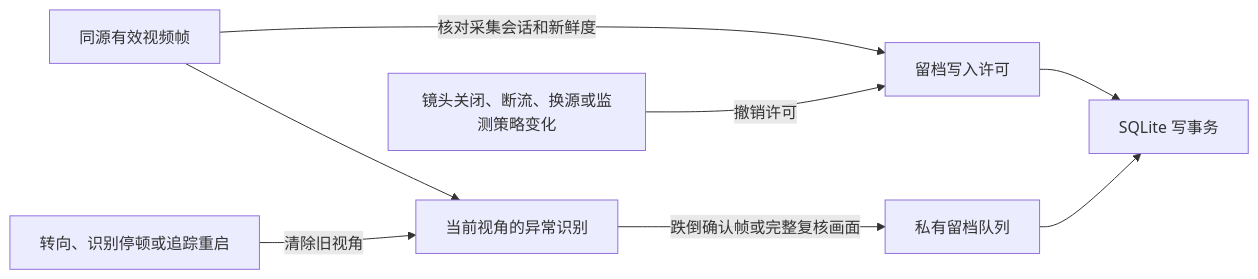
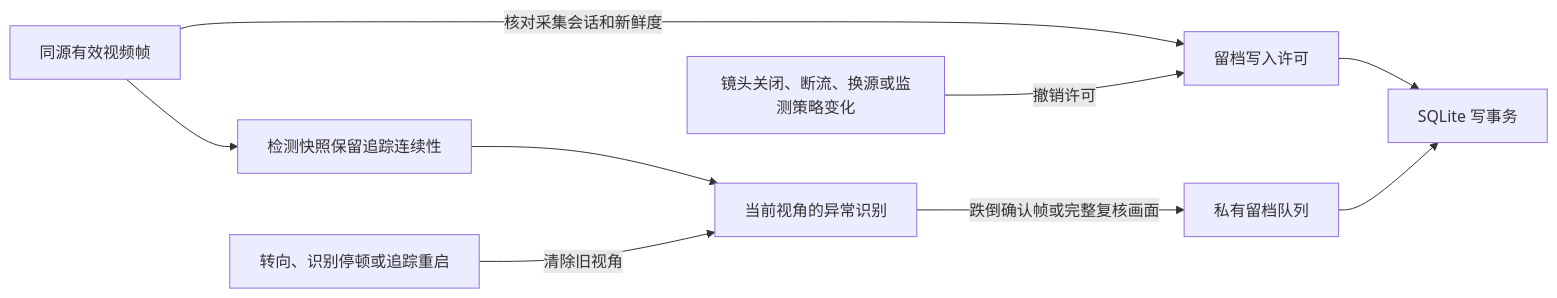
One commit to Geeprox/Friday changed the eighth of 33 diagrams in docs/architecture.md. Above: the diagram before and after it, drawn with Mermaid. The commit also changed other lines of this file and 10 other files, not shown here.

````diff
--- a/docs/architecture.md
+++ b/docs/architecture.md
@@ -203,10 +203,11 @@
 ```mermaid
 flowchart LR
-  A[同源有效视频帧] --> B[当前视角的异常识别]
+  A[同源有效视频帧] --> T[检测快照保留追踪连续性]
+  T --> B[当前视角的异常识别]
   A -->|核对采集会话和新鲜度| C[留档写入许可]
   B -->|跌倒确认帧或完整复核画面| D[私有留档队列]
   E[转向、识别停顿或追踪重启] -->|清除旧视角| B
   C --> F[SQLite 写事务]
   D --> F
   G[镜头关闭、断流、换源或监测策略变化] -->|撤销许可| C
 ```
````
